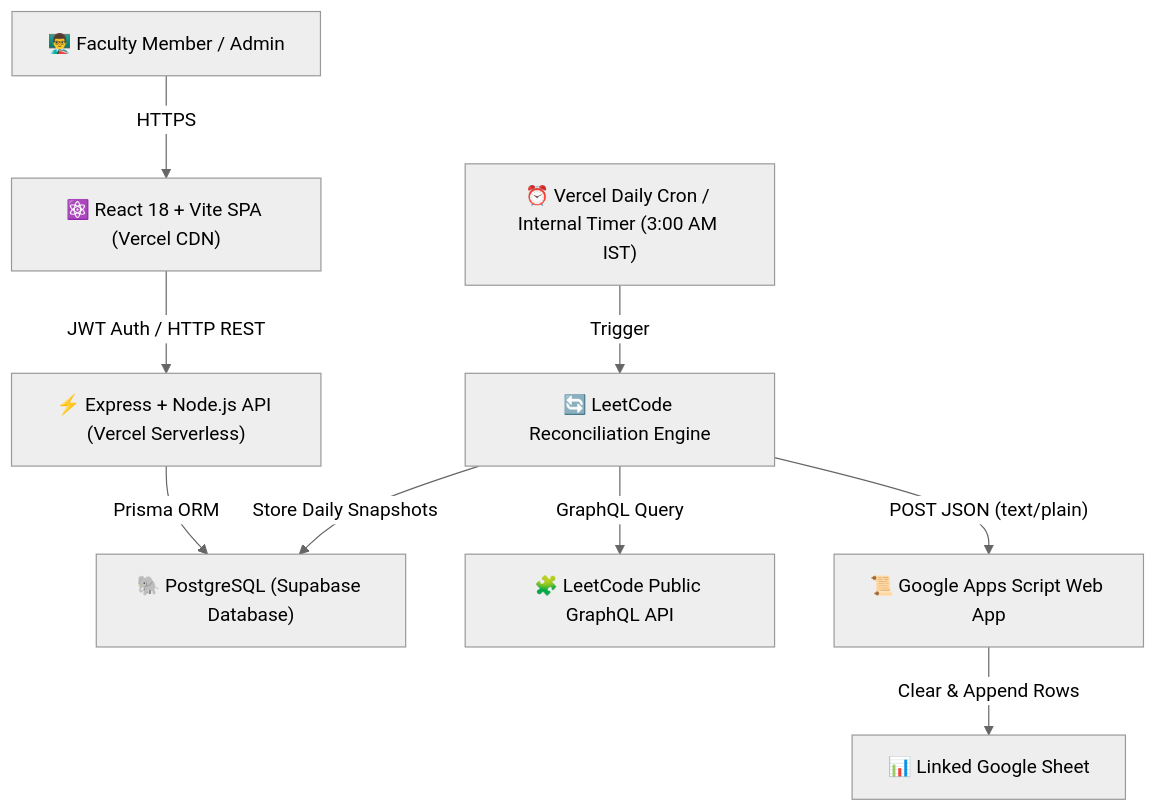
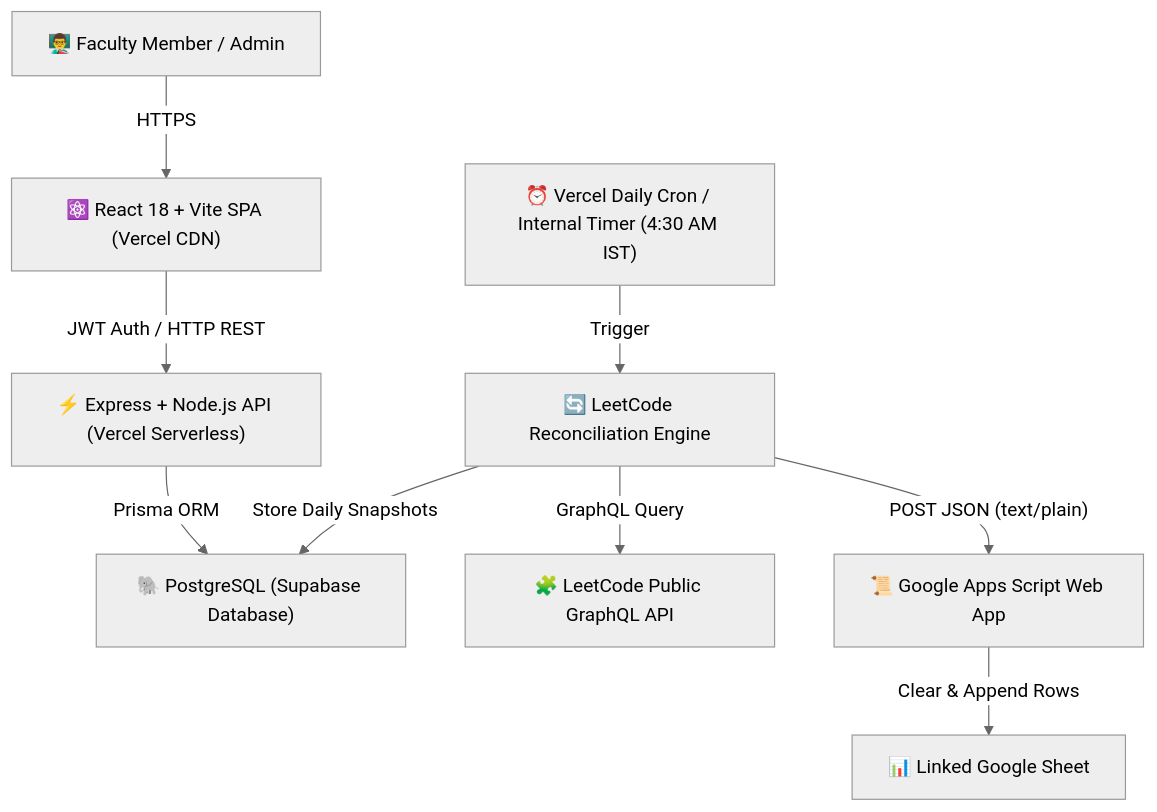
The diagram in README.md (Chandru9842/coding-progress-tracker), drawn with Mermaid (neutral theme) before and after one commit. The commit also changed other lines of this file and 8 other files, not shown here.

````diff
--- a/README.md
+++ b/README.md
@@ -29,12 +29,12 @@
 ```mermaid
 graph TD
     User["👨‍🏫 Faculty Member / Admin"] -->|HTTPS| Frontend["⚛️ React 18 + Vite SPA (Vercel CDN)"]
     Frontend -->|JWT Auth / HTTP REST| Backend["⚡ Express + Node.js API (Vercel Serverless)"]
     Backend -->|Prisma ORM| Database["🐘 PostgreSQL (Supabase Database)"]
     
-    Cron["⏰ Vercel Daily Cron / Internal Timer (3:00 AM IST)"] -->|Trigger| ReconcileEngine["🔄 LeetCode Reconciliation Engine"]
+    Cron["⏰ Vercel Daily Cron / Internal Timer (4:30 AM IST)"] -->|Trigger| ReconcileEngine["🔄 LeetCode Reconciliation Engine"]
     ReconcileEngine -->|GraphQL Query| LeetCode["🧩 LeetCode Public GraphQL API"]
     ReconcileEngine -->|Store Daily Snapshots| Database
     ReconcileEngine -->|"POST JSON (text/plain)"| AppsScript["📜 Google Apps Script Web App"]
     AppsScript -->|Clear & Append Rows| GoogleSheet["📊 Linked Google Sheet"]
 ```
````
